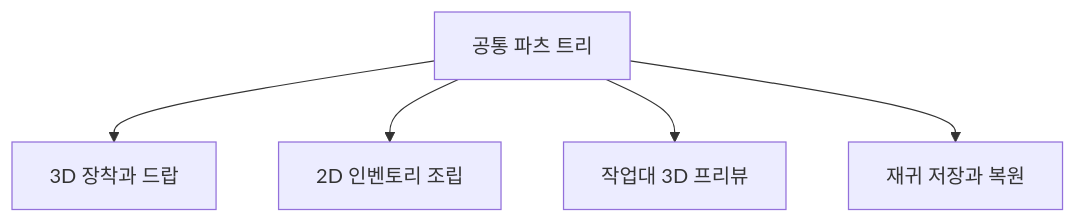
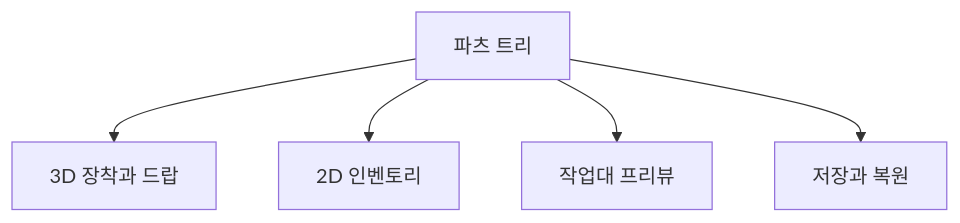
One commit to imjae/imjae.github.io changed the diagram in content/articles/tools/modular-equipment.md. Above: the diagram before and after it, drawn with Mermaid. The commit also changed other lines of this file and 28 other files, not shown here.

````diff
--- a/content/articles/tools/modular-equipment.md
+++ b/content/articles/tools/modular-equipment.md
@@ -23,7 +21,7 @@
 ```mermaid
 flowchart TD
-    D[공통 파츠 트리] --> A[3D 장착과 드랍]
-    D --> B[2D 인벤토리 조립]
-    D --> C[작업대 3D 프리뷰]
-    D --> S[재귀 저장과 복원]
+    D[파츠 트리] --> A[3D 장착과 드랍]
+    D --> B[2D 인벤토리]
+    D --> C[작업대 프리뷰]
+    D --> S[저장과 복원]
 ```
````
